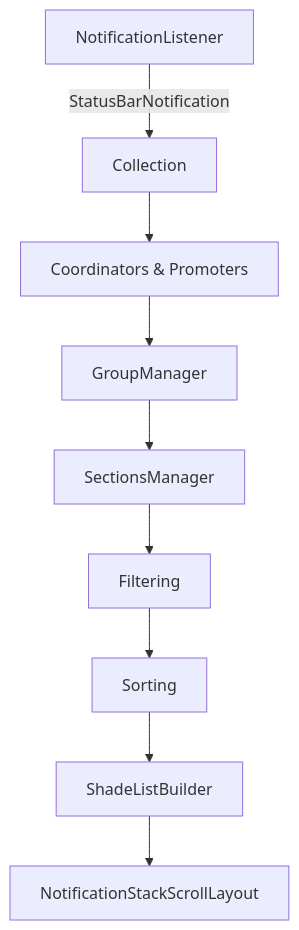
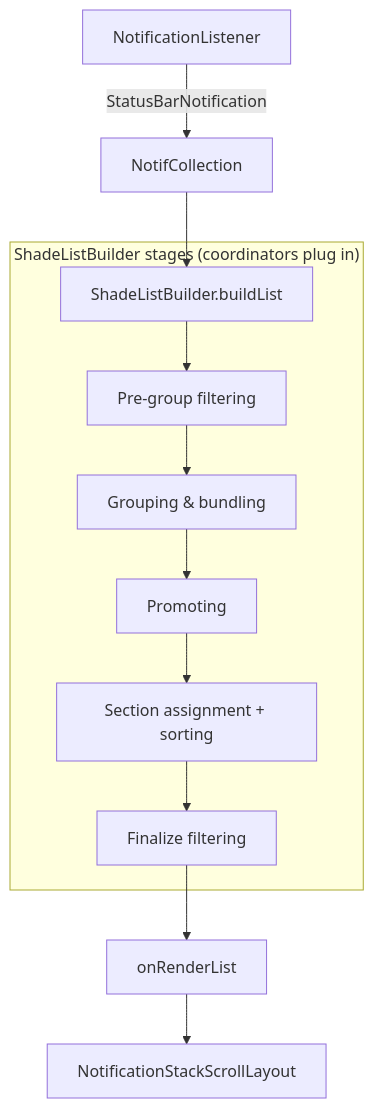
Before and after one commit to aospbooks/aosp-internal-book: diagram 13 of 17 in 28-notifications.md, drawn with Mermaid. The commit also changed other lines of this file and 218 other files, not shown here.

````diff
--- a/28-notifications.md
+++ b/28-notifications.md
@@ -1835,11 +1899,14 @@
 ```mermaid
 graph TD
-    A[NotificationListener] -->|StatusBarNotification| B[Collection]
-    B --> C[Coordinators & Promoters]
-    C --> D[GroupManager]
-    D --> E[SectionsManager]
-    E --> F[Filtering]
-    F --> G[Sorting]
-    G --> H[ShadeListBuilder]
-    H --> I[NotificationStackScrollLayout]
+    A[NotificationListener] -->|StatusBarNotification| B[NotifCollection]
+    B --> C[ShadeListBuilder.buildList]
+    subgraph SLB["ShadeListBuilder stages (coordinators plug in)"]
+        C --> D[Pre-group filtering]
+        D --> E["Grouping & bundling"]
+        E --> F[Promoting]
+        F --> G["Section assignment + sorting"]
+        G --> H[Finalize filtering]
+    end
+    H --> I[onRenderList]
+    I --> J[NotificationStackScrollLayout]
 ```
````
